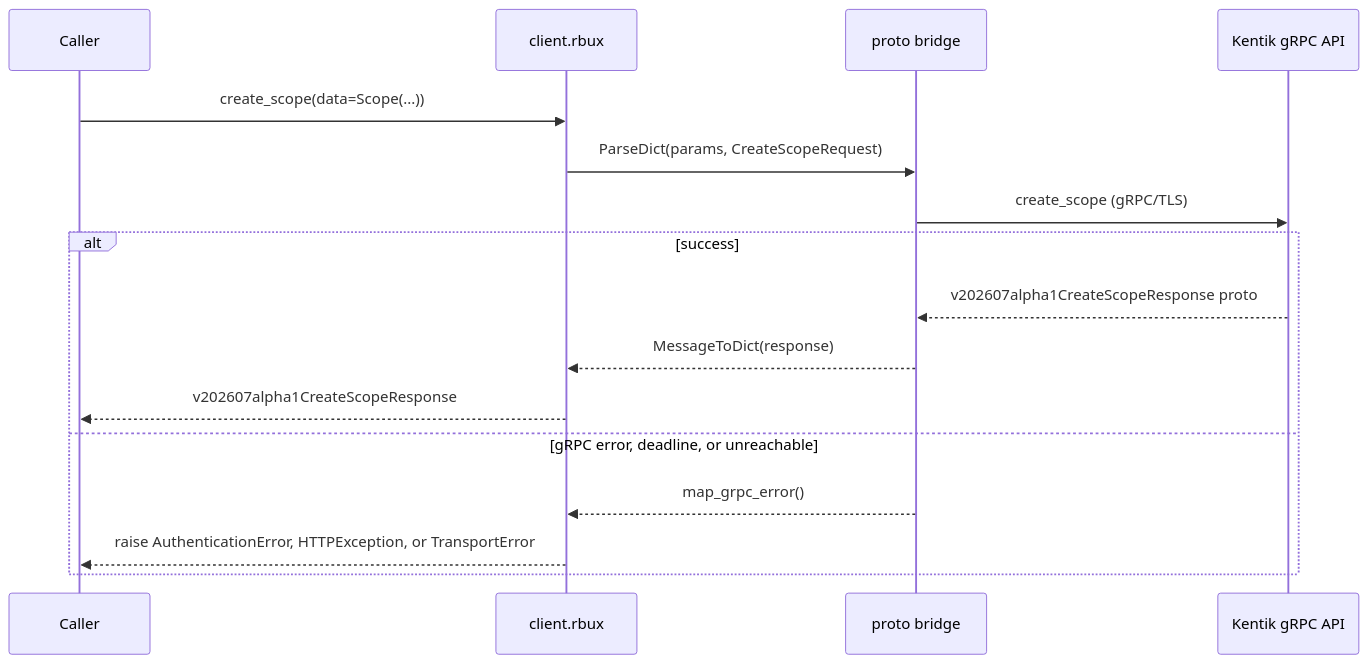
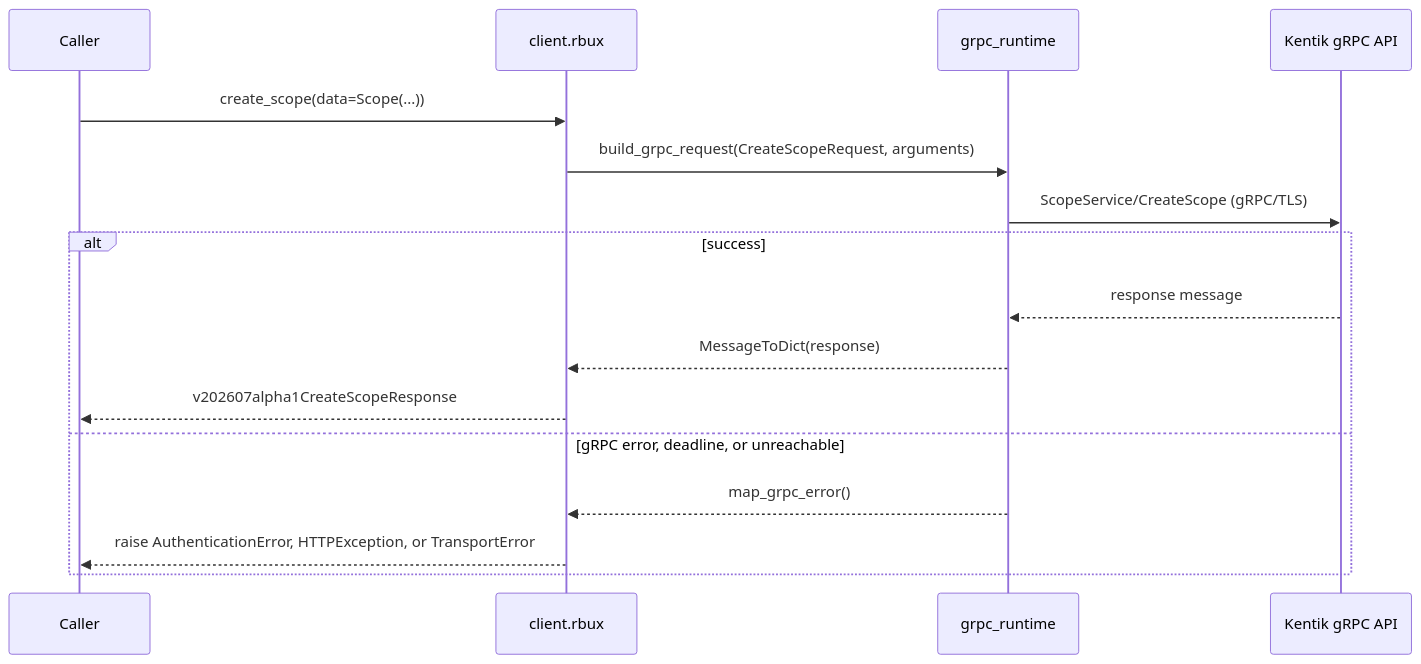
Before and after one commit to alexdearaujo/community_sdk_python: the fifth of 12 diagrams in docs/sphinx/services/rbux.md, drawn with Mermaid. The commit also changed other lines of this file and 37 other files, not shown here.

First line of the commit message:
docs: show the real RPC in each service page's gRPC diagram

````diff
--- a/docs/sphinx/services/rbux.md
+++ b/docs/sphinx/services/rbux.md
@@ -127,19 +127,19 @@
 ```mermaid
 sequenceDiagram
     participant C as Caller
     participant W as client.rbux
-    participant B as proto bridge
+    participant R as grpc_runtime
     participant API as Kentik gRPC API
 
     C->>W: create_scope(data=Scope(...))
-    W->>B: ParseDict(params, CreateScopeRequest)
-    B->>API: create_scope (gRPC/TLS)
+    W->>R: build_grpc_request(CreateScopeRequest, arguments)
+    R->>API: ScopeService/CreateScope (gRPC/TLS)
     alt success
-        API-->>B: v202607alpha1CreateScopeResponse proto
-        B-->>W: MessageToDict(response)
+        API-->>R: response message
+        R-->>W: MessageToDict(response)
         W-->>C: v202607alpha1CreateScopeResponse
     else gRPC error, deadline, or unreachable
-        B-->>W: map_grpc_error()
+        R-->>W: map_grpc_error()
         W-->>C: raise AuthenticationError, HTTPException, or TransportError
     end
 ```
````
